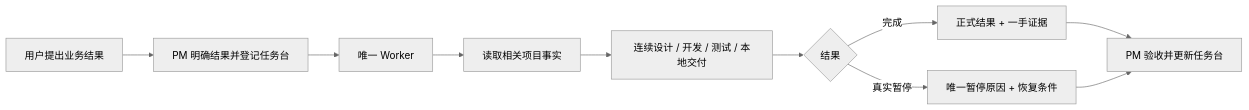
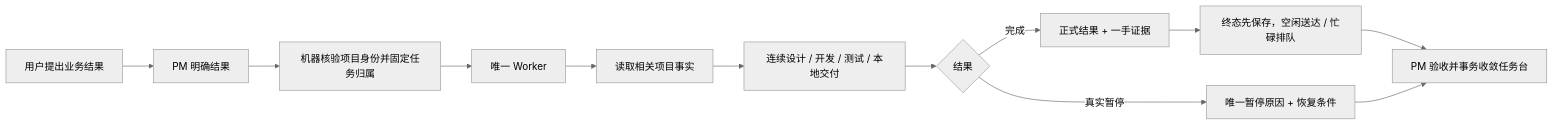
One commit to adubeyond/beyond-ai-collaboration changed the diagram in docs/系统架构与运行机制.md. Above: the diagram before and after it, drawn with Mermaid (neutral theme). The commit also changed other lines of this file and 47 other files, not shown here.

````diff
--- a/docs/系统架构与运行机制.md
+++ b/docs/系统架构与运行机制.md
@@ -100,12 +100,14 @@
 ```mermaid
 flowchart LR
-    U["用户提出业务结果"] --> P["PM 明确结果并登记任务台"]
-    P --> W["唯一 Worker"]
+    U["用户提出业务结果"] --> P["PM 明确结果"]
+    P --> I["机器核验项目身份并固定任务归属"]
+    I --> W["唯一 Worker"]
     W --> F["读取相关项目事实"]
     F --> A["连续设计 / 开发 / 测试 / 本地交付"]
     A --> C{"结果"}
     C -->|"完成"| D["正式结果 + 一手证据"]
     C -->|"真实暂停"| S["唯一暂停原因 + 恢复条件"]
-    D --> R["PM 验收并更新任务台"]
+    D --> T["终态先保存，空闲送达 / 忙碌排队"]
+    T --> R["PM 验收并事务收敛任务台"]
     S --> R
 ```
````
